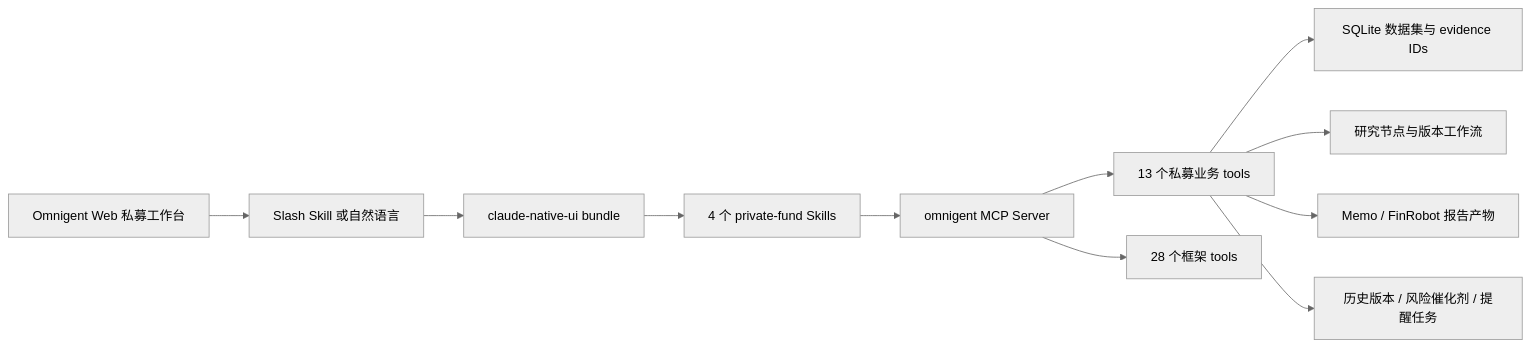
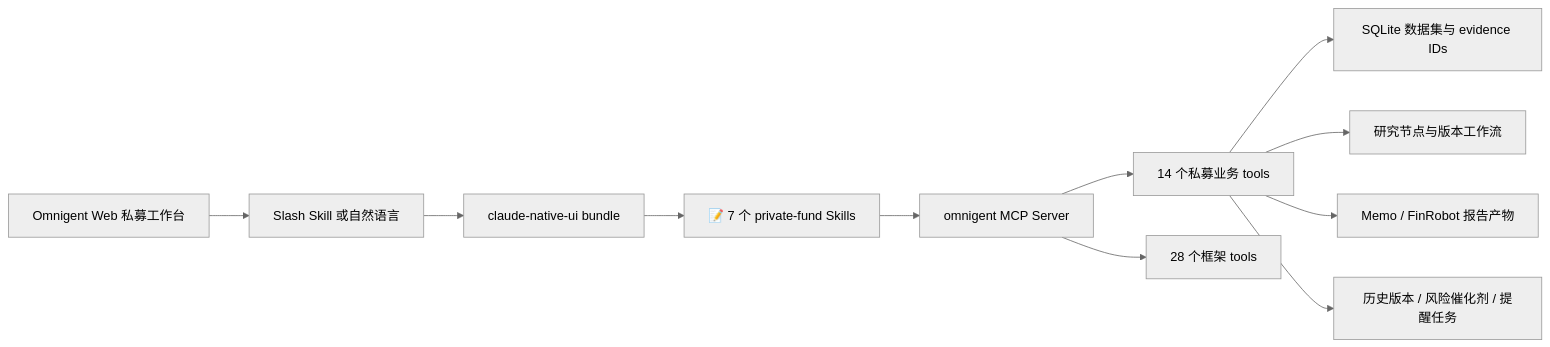
One commit to simplew4y/pravite_fund_ai_research changed the diagram in docs/private_fund_skills_and_mcp_tools.md. Above: the diagram before and after it, drawn with Mermaid (neutral theme). The commit also changed other lines of this file and 125 other files, not shown here.

Commit message:
Expand private fund research and valuation workflows

````diff
--- a/docs/private_fund_skills_and_mcp_tools.md
+++ b/docs/private_fund_skills_and_mcp_tools.md
@@ -21,13 +21,13 @@
 ```mermaid
 flowchart LR
     UI[Omnigent Web 私募工作台] --> CMD[Slash Skill 或自然语言]
     CMD --> AGENT[claude-native-ui bundle]
-    AGENT --> SKILL[4 个 private-fund Skills]
+    AGENT --> SKILL["📝 7 个 private-fund Skills"]
     SKILL --> MCP[omnigent MCP Server]
-    MCP --> BIZ[13 个私募业务 tools]
+    MCP --> BIZ[14 个私募业务 tools]
     MCP --> SYS[28 个框架 tools]
     BIZ --> DATA[SQLite 数据集与 evidence IDs]
     BIZ --> FLOW[研究节点与版本工作流]
     BIZ --> OUTPUT[Memo / FinRobot 报告产物]
     BIZ --> TRACK[历史版本 / 风险催化剂 / 提醒任务]
 ```
````
